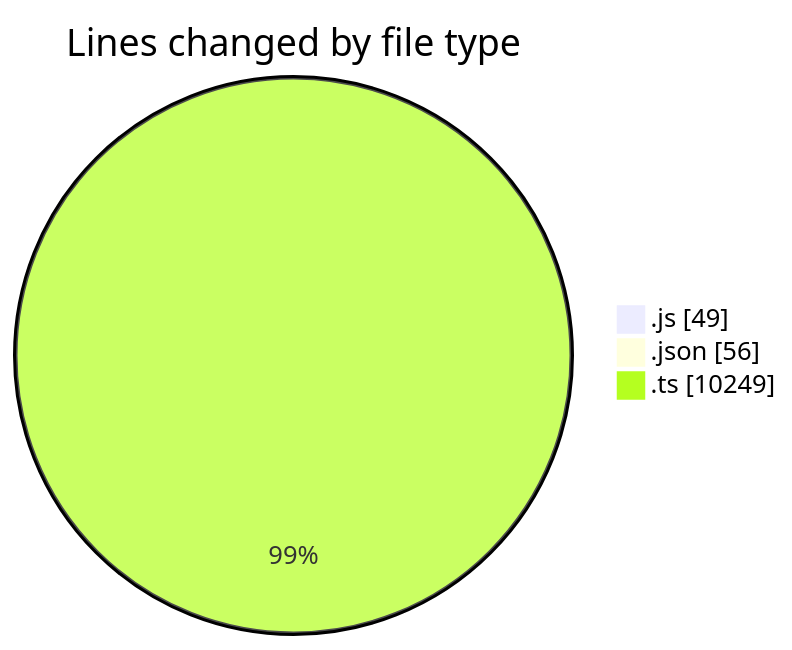
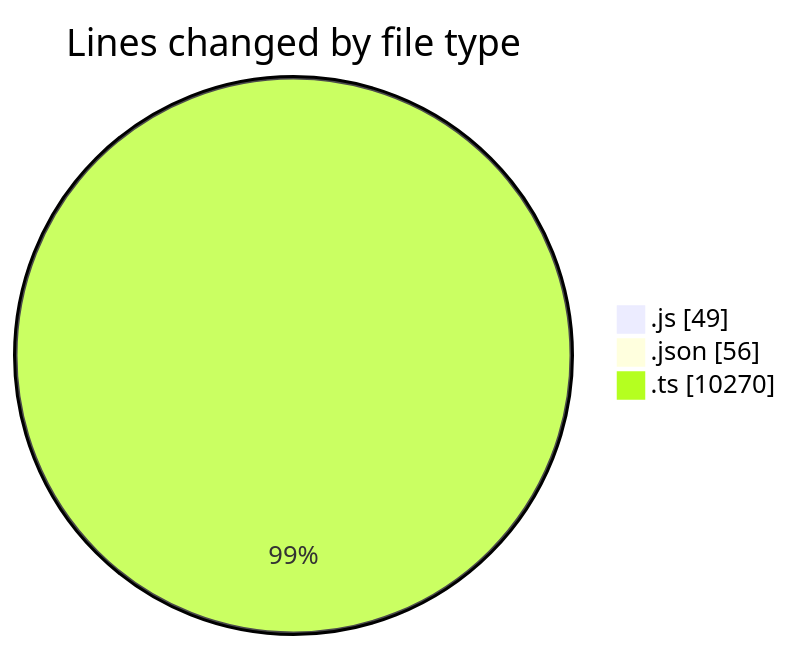
The first of 2 diagrams in 2025-09-04/cda/README.md (momahboobian/code-tracking), drawn with Mermaid before and after one commit. The commit also changed other lines of this file and 1 other file, not shown here.

````diff
--- a/2025-09-04/cda/README.md
+++ b/2025-09-04/cda/README.md
@@ -24,7 +24,7 @@
 ```mermaid
 pie showData
 title Lines changed by file type
 ".js" : 49
 ".json" : 56
-".ts" : 10249
+".ts" : 10270
 ```
````
